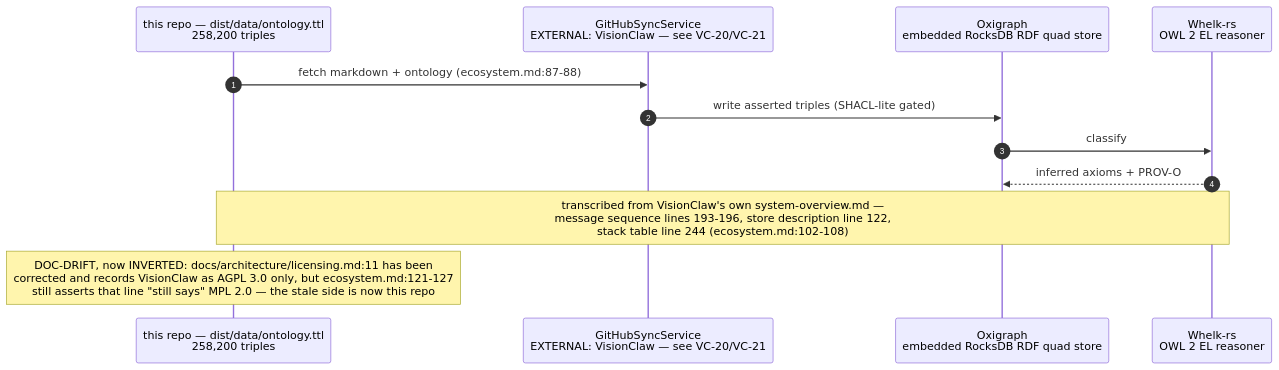
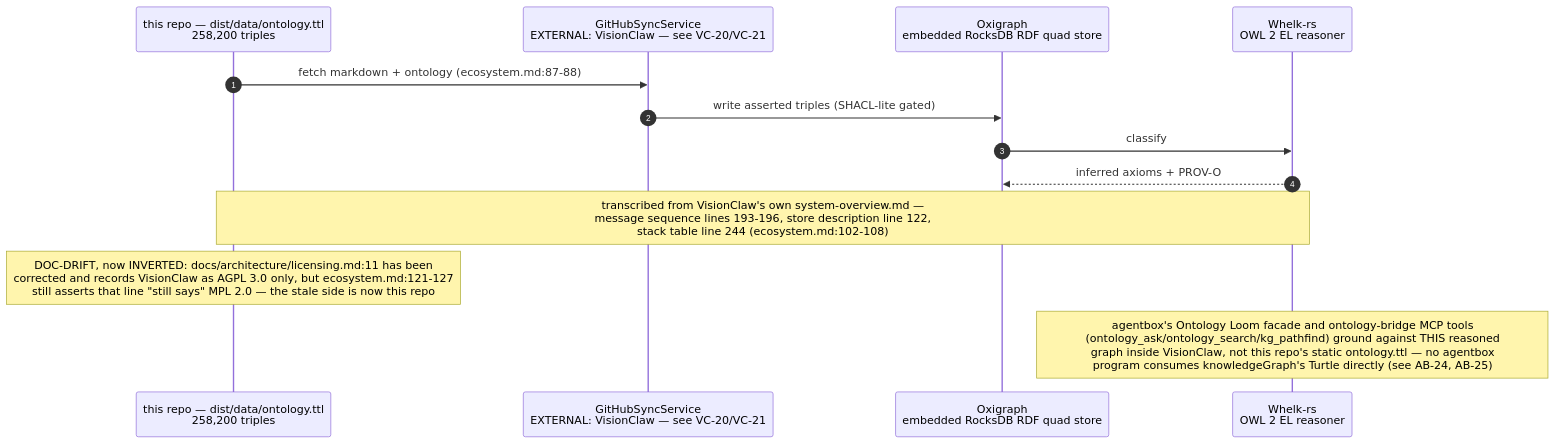
Before and after one commit to DreamLab-AI/VisionFlow: the second of 3 diagrams in docs/diagrams/knowledgegraph/06-consumers-and-integration.md, drawn with Mermaid. The commit also changed other lines of this file and 136 other files, not shown here.

First line of the commit message:
docs(diagrams): refresh the whole corpus to code HEAD and prune low-value diagrams

````diff
--- a/docs/diagrams/knowledgegraph/06-consumers-and-integration.md
+++ b/docs/diagrams/knowledgegraph/06-consumers-and-integration.md
@@ -39,15 +44,16 @@
 ```mermaid
 sequenceDiagram
     autonumber
     participant KG as this repo — dist/data/ontology.ttl<br/>258,200 triples
     participant SYNC as GitHubSyncService<br/>EXTERNAL: VisionClaw — see VC-20/VC-21
     participant OXI as Oxigraph<br/>embedded RocksDB RDF quad store
     participant WHELK as Whelk-rs<br/>OWL 2 EL reasoner
 
     KG->>SYNC: fetch markdown + ontology #40;ecosystem.md:87-88#41;
     SYNC->>OXI: write asserted triples #40;SHACL-lite gated#41;
     OXI->>WHELK: classify
     WHELK-->>OXI: inferred axioms + PROV-O
     Note over KG,WHELK: transcribed from VisionClaw's own system-overview.md —<br/>message sequence lines 193-196, store description line 122,<br/>stack table line 244 #40;ecosystem.md:102-108#41;
     Note over KG: DOC-DRIFT, now INVERTED: docs/architecture/licensing.md:11 has been<br/>corrected and records VisionClaw as AGPL 3.0 only, but ecosystem.md:121-127<br/>still asserts that line "still says" MPL 2.0 — the stale side is now this repo
+    Note over WHELK: agentbox's Ontology Loom facade and ontology-bridge MCP tools<br/>#40;ontology_ask/ontology_search/kg_pathfind#41; ground against THIS reasoned<br/>graph inside VisionClaw, not this repo's static ontology.ttl — no agentbox<br/>program consumes knowledgeGraph's Turtle directly #40;see AB-24, AB-25#41;
 ```
````
